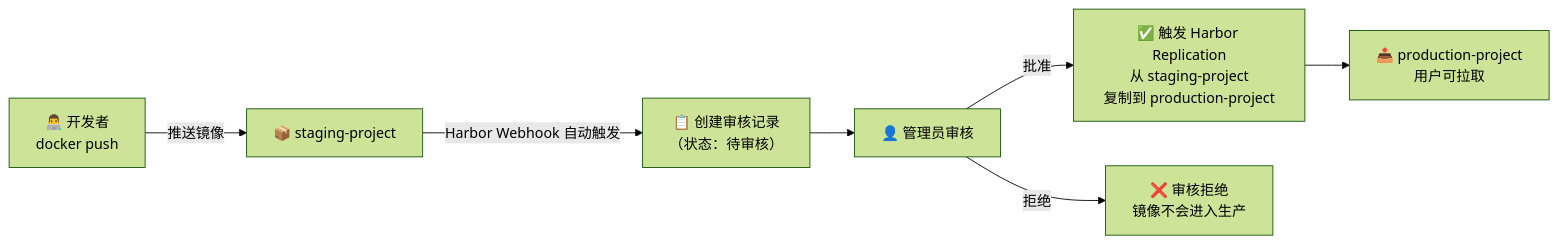
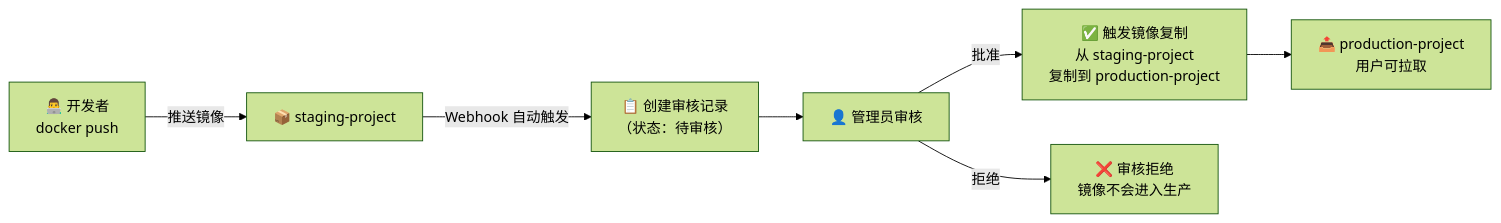
Before and after one commit to zzx1314/rust-admin: the second of 5 diagrams in APPSTORE.md, drawn with Mermaid (forest theme). The commit also changed other lines of this file, not shown here.

Commit message:
fix: Update documentation to replace 'Harbor' with '镜像仓库' for consistency

````diff
--- a/APPSTORE.md
+++ b/APPSTORE.md
@@ -173,9 +173,9 @@
 ```mermaid
 flowchart LR
     A["👨‍💻 开发者\ndocker push"] -->|推送镜像| B["📦 staging-project"]
-    B -->|Harbor Webhook 自动触发| C["📋 创建审核记录\n（状态：待审核）"]
+    B -->|Webhook 自动触发| C["📋 创建审核记录\n（状态：待审核）"]
     C --> D["👤 管理员审核"]
-    D -->|批准| E["✅ 触发 Harbor Replication\n从 staging-project\n复制到 production-project"]
+    D -->|批准| E["✅ 触发镜像复制\n从 staging-project\n复制到 production-project"]
     D -->|拒绝| F["❌ 审核拒绝\n镜像不会进入生产"]
     E --> G["📤 production-project\n用户可拉取"]
 ```
````
